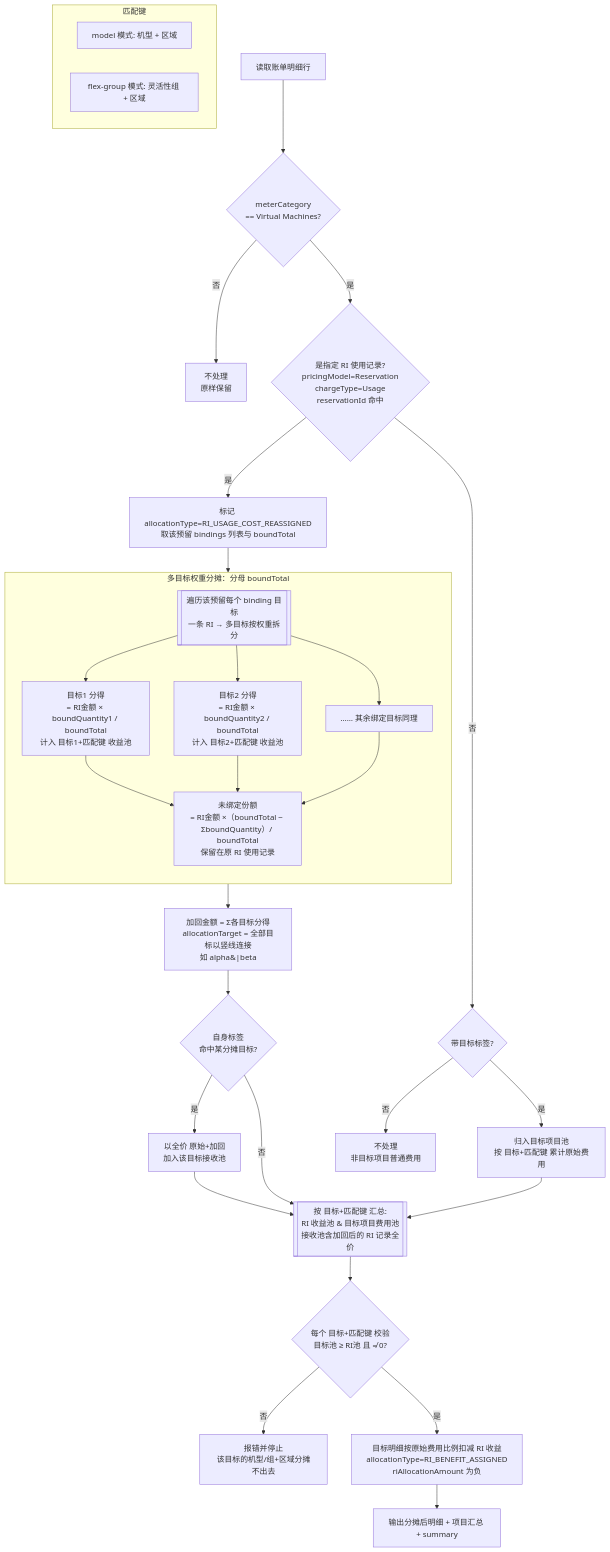
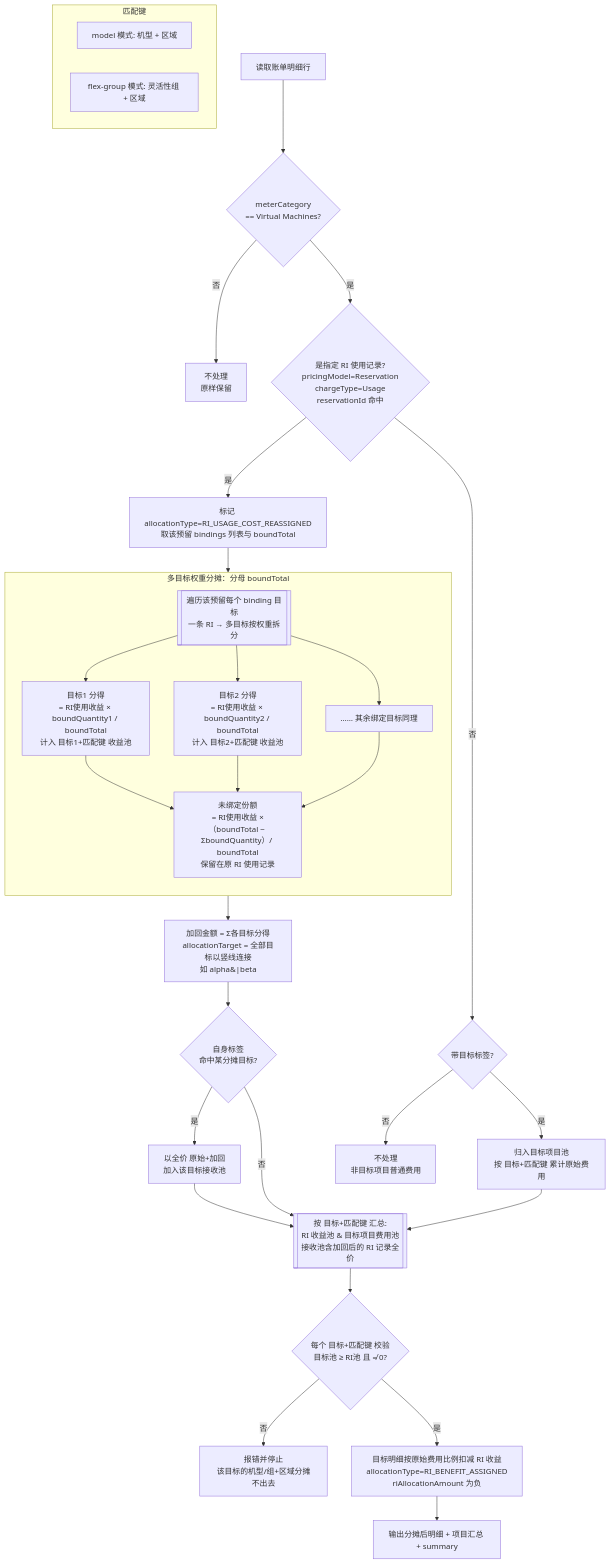
One commit to lprincewhn/azureops changed the third of 3 diagrams in ri-reallocation/RI费用分摊说明.md. Above: the diagram before and after it, drawn with Mermaid. The commit also changed other lines of this file and 3 other files, not shown here.

````diff
--- a/ri-reallocation/RI费用分摊说明.md
+++ b/ri-reallocation/RI费用分摊说明.md
@@ -136,42 +149,42 @@
 ```mermaid
 flowchart TD
     A[读取账单明细行] --> B{meterCategory<br/>== Virtual Machines?}
     B -- 否 --> Z[不处理<br/>原样保留]
     B -- 是 --> C{是指定 RI 使用记录?<br/>pricingModel=Reservation<br/>chargeType=Usage<br/>reservationId 命中}
 
     C -- 是 --> E[标记 allocationType=RI_USAGE_COST_REASSIGNED<br/>取该预留 bindings 列表与 boundTotal]
     E --> SPLIT[[遍历该预留每个 binding 目标<br/>一条 RI → 多目标按权重拆分]]
 
     subgraph FANOUT[多目标权重分摊：分母 boundTotal]
       direction TB
-      SPLIT --> W1[目标1 分得<br/>= RI金额 × boundQuantity1 / boundTotal<br/>计入 目标1+匹配键 收益池]
-      SPLIT --> W2[目标2 分得<br/>= RI金额 × boundQuantity2 / boundTotal<br/>计入 目标2+匹配键 收益池]
+      SPLIT --> W1[目标1 分得<br/>= RI使用收益 × boundQuantity1 / boundTotal<br/>计入 目标1+匹配键 收益池]
+      SPLIT --> W2[目标2 分得<br/>= RI使用收益 × boundQuantity2 / boundTotal<br/>计入 目标2+匹配键 收益池]
       SPLIT --> Wd[…… 其余绑定目标同理]
       W1 --> REM
       W2 --> REM
-      Wd --> REM[未绑定份额<br/>= RI金额 ×（boundTotal − ΣboundQuantity）/ boundTotal<br/>保留在原 RI 使用记录]
+      Wd --> REM[未绑定份额<br/>= RI使用收益 ×（boundTotal − ΣboundQuantity）/ boundTotal<br/>保留在原 RI 使用记录]
     end
 
     REM --> LBL[加回金额 = Σ各目标分得<br/>allocationTarget = 全部目标以竖线连接<br/>如 alpha&#124;beta]
     LBL --> SELF{自身标签<br/>命中某分摊目标?}
     SELF -- 是 --> SELFP[以全价 原始+加回<br/>加入该目标接收池]
     SELF -- 否 --> H
     SELFP --> H
 
     C -- 否 --> F{带目标标签?}
     F -- 否 --> Z3[不处理<br/>非目标项目普通费用]
     F -- 是 --> G[归入目标项目池<br/>按 目标+匹配键 累计原始费用]
 
     H[[按 目标+匹配键 汇总:<br/>RI 收益池 & 目标项目费用池<br/>接收池含加回后的 RI 记录全价]]
     G --> H
     H --> I{每个 目标+匹配键 校验<br/>目标池 ≥ RI池 且 ≠ 0?}
     I -- 否 --> X[报错并停止<br/>该目标的机型/组+区域分摊不出去]
     I -- 是 --> J[目标明细按原始费用比例扣减 RI 收益<br/>allocationType=RI_BENEFIT_ASSIGNED<br/>riAllocationAmount 为负]
     J --> K[输出分摊后明细 + 项目汇总 + summary]
 
     subgraph K1[匹配键]
       direction LR
       M1["model 模式: 机型 + 区域"]
       M2["flex-group 模式: 灵活性组 + 区域"]
     end
 ```
````
